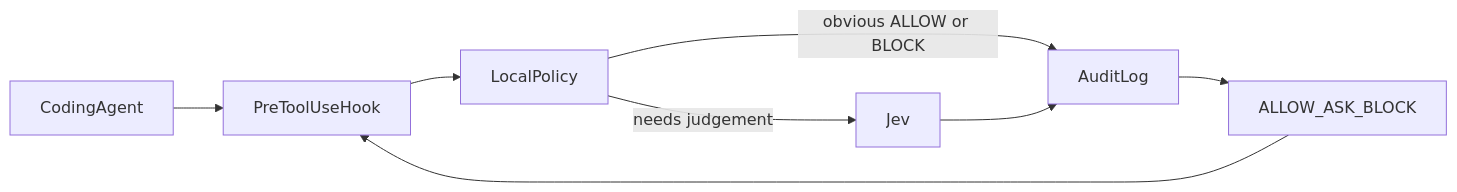
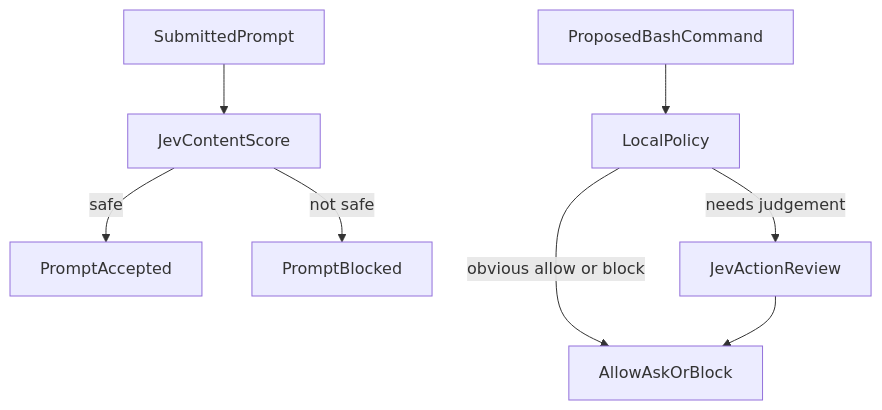
One commit to JamesANZ/JevPromptShield changed the diagram in README.md. Above: the diagram before and after it, drawn with Mermaid. The commit also changed other lines of this file, not shown here.

````diff
--- a/README.md
+++ b/README.md
@@ -7,13 +9,10 @@
 ```mermaid
-flowchart LR
-  agent[CodingAgent]
-  hook[PreToolUseHook]
-  local[LocalPolicy]
-  jev[Jev]
-  audit[AuditLog]
-  agent --> hook --> local
-  local -->|obvious ALLOW or BLOCK| audit
-  local -->|needs judgement| jev --> audit
-  audit --> decision[ALLOW_ASK_BLOCK]
-  decision --> hook
+flowchart TD
+  prompt[SubmittedPrompt] --> score[JevContentScore]
+  score -->|safe| accepted[PromptAccepted]
+  score -->|not safe| blocked[PromptBlocked]
+  command[ProposedBashCommand] --> local[LocalPolicy]
+  local -->|obvious allow or block| decision[AllowAskOrBlock]
+  local -->|needs judgement| review[JevActionReview]
+  review --> decision
 ```
````
